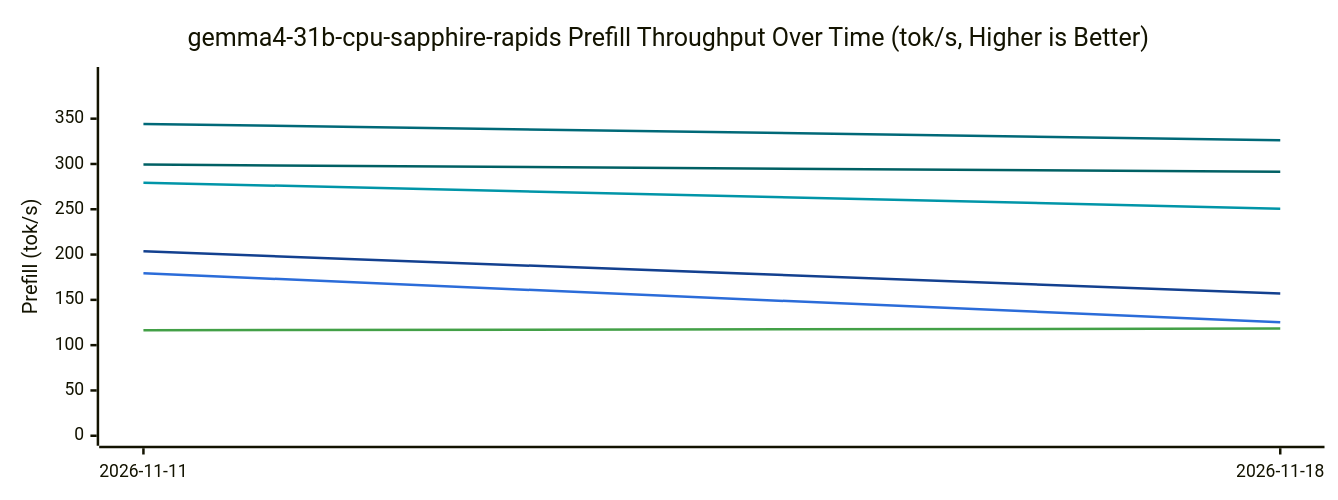
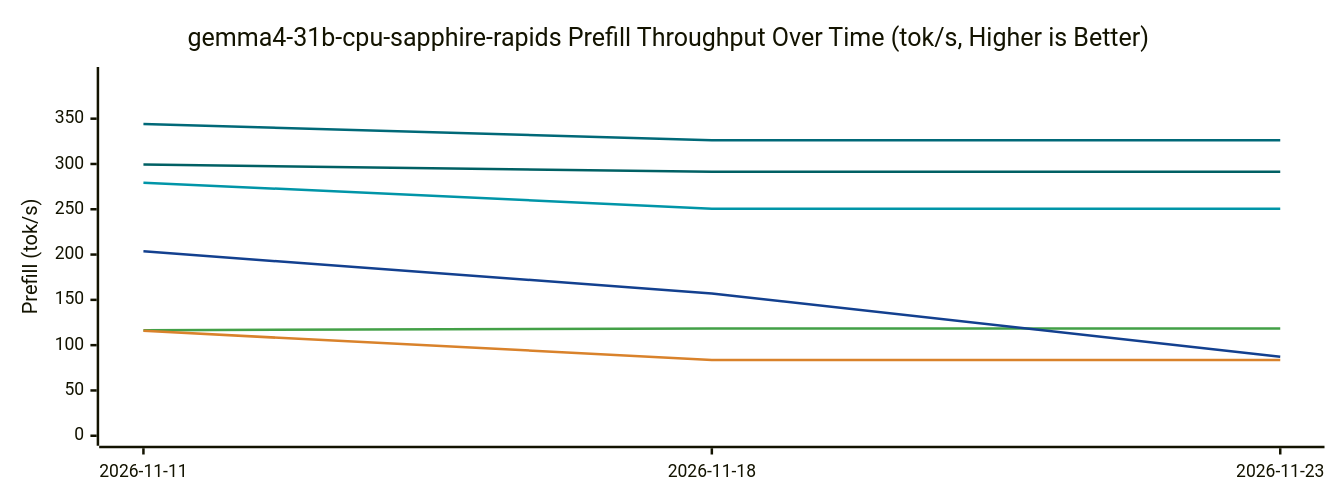
The third of 4 diagrams in model/dashboards/README.md (mariecwhite/ai-edge-bench), drawn with Mermaid before and after one commit. The commit also changed other lines of this file and 25 other files, not shown here.

````diff
--- a/model/dashboards/README.md
+++ b/model/dashboards/README.md
@@ -96,13 +96,13 @@
 ```mermaid
-%%{init: {"xyChart": {"width": 1050, "height": 380}, "themeVariables": {"xyChart": {"plotColorPalette": "#006978, #006064, #0095a8, #13408f, #2b6cd9, #43a047"}}}}%%
+%%{init: {"xyChart": {"width": 1050, "height": 380}, "themeVariables": {"xyChart": {"plotColorPalette": "#006978, #006064, #0095a8, #43a047, #13408f, #d9822b"}}}}%%
 xychart-beta
     title "gemma4-31b-cpu-sapphire-rapids Prefill Throughput Over Time (tok/s, Higher is Better)"
-    x-axis ["2026-11-11", "2026-11-18"]
+    x-axis ["2026-11-11", "2026-11-18", "2026-11-23"]
     y-axis "Prefill (tok/s)" 0 --> 396
-    line "openvino/fastest" [344.2, 326.2]
-    line "openvino/int8" [299.3, 291.3]
-    line "openvino/matched" [279.4, 250.7]
-    line "litert-lm/fastest" [203.6, 157.0]
-    line "litert-lm/matched" [179.4, 125.2]
-    line "xla/bf16-ynnpack" [116.5, 118.3]
+    line "openvino/fastest" [344.2, 326.2, 326.2]
+    line "openvino/int8" [299.3, 291.3, 291.3]
+    line "openvino/matched" [279.4, 250.7, 250.7]
+    line "xla/bf16-ynnpack" [116.5, 118.3, 118.3]
+    line "litert-lm/fastest" [203.6, 157.0, 87.3]
+    line "llama.cpp/matched" [115.8, 83.7, 83.7]
 ```
````
